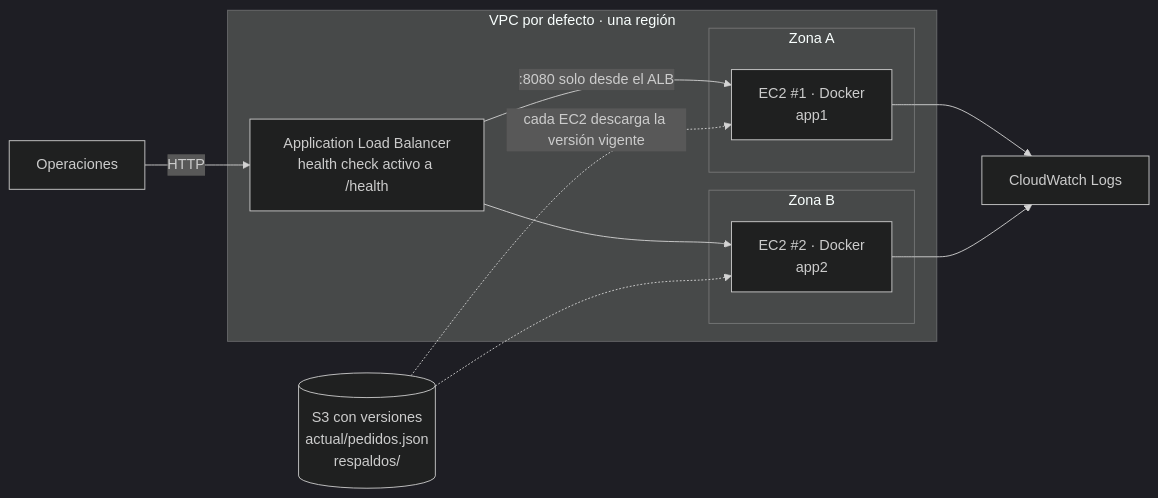
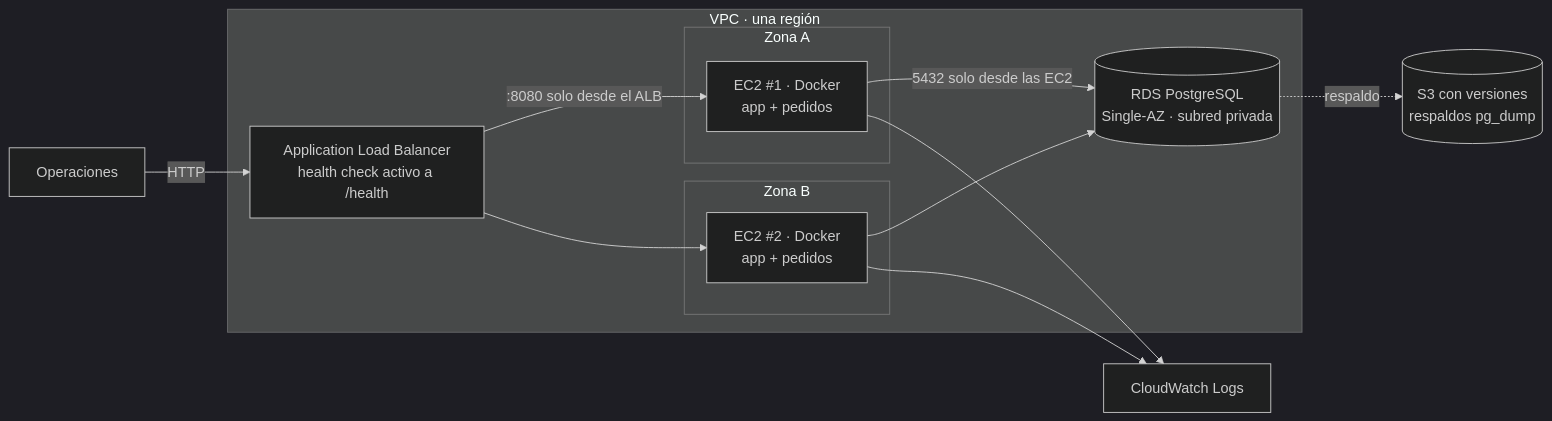
One commit to Cualquiera-INC/proyecto_hackaton_cualquiera_inc changed the second of 2 diagrams in docs/02-arquitectura.md. Above: the diagram before and after it, drawn with Mermaid (dark theme). The commit also changed other lines of this file and 5 other files, not shown here.

First line of the commit message:
docs: decidir D13 (2 EC2 + RDS Single-AZ) y redibujar el diseño de AWS

````diff
--- a/docs/02-arquitectura.md
+++ b/docs/02-arquitectura.md
@@ -60,20 +60,22 @@
 ```mermaid
 flowchart LR
     U[Operaciones] -->|HTTP| ALB
-    subgraph VPC[VPC por defecto · una región]
+    subgraph VPC[VPC · una región]
         ALB["Application Load Balancer<br/>health check activo a /health"]
         subgraph AZA[Zona A]
-            E1["EC2 #1 · Docker<br/>app1"]
+            E1["EC2 #1 · Docker<br/>app + pedidos"]
         end
         subgraph AZB[Zona B]
-            E2["EC2 #2 · Docker<br/>app2"]
+            E2["EC2 #2 · Docker<br/>app + pedidos"]
         end
+        RDS[("RDS PostgreSQL<br/>Single-AZ · subred privada")]
     end
     ALB -->|":8080 solo desde el ALB"| E1
     ALB --> E2
-    S3[("S3 con versiones<br/>actual/pedidos.json<br/>respaldos/")]
-    S3 -.->|"cada EC2 descarga la versión vigente"| E1
-    S3 -.-> E2
+    E1 -->|"5432 solo desde las EC2"| RDS
+    E2 --> RDS
+    S3[("S3 con versiones<br/>respaldos pg_dump")]
+    RDS -.->|"respaldo"| S3
     E1 --> CW[CloudWatch Logs]
     E2 --> CW
 ```
````
